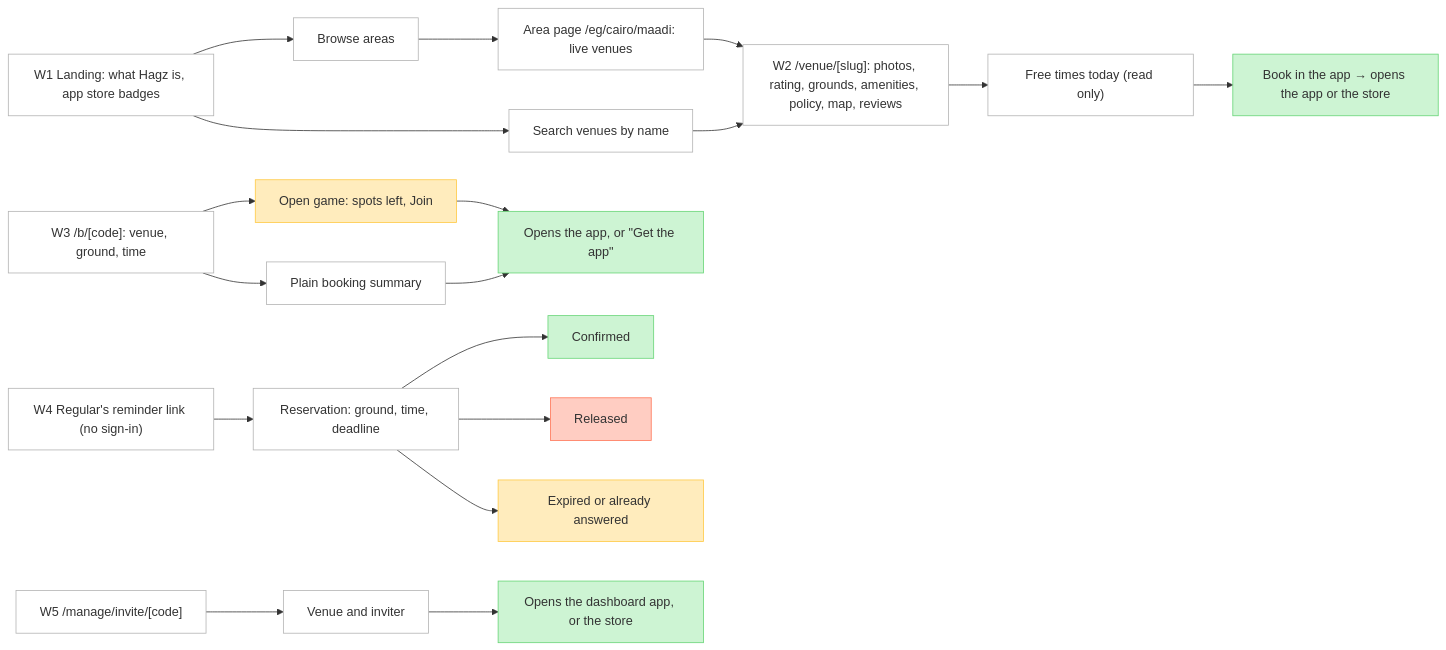
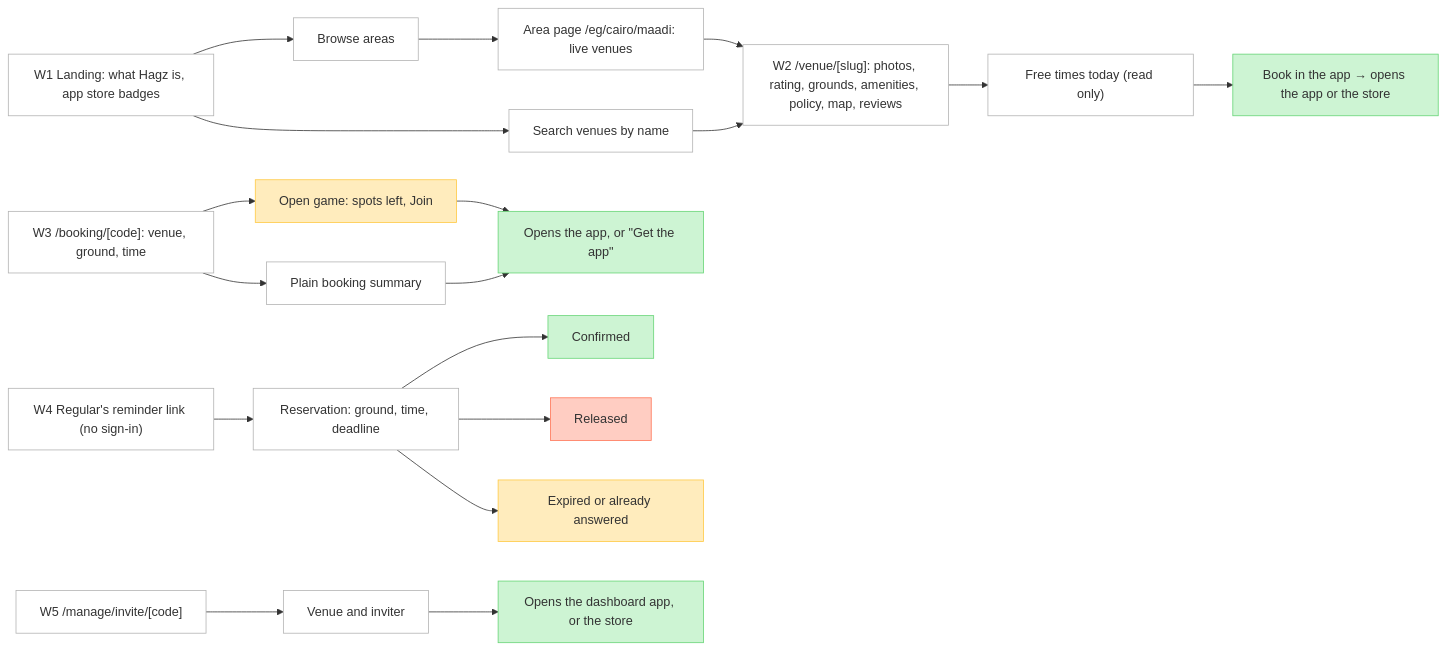
Diagram 28 of 30 in docs/flows.md (ammarsarhan/hagz), drawn with Mermaid before and after one commit. The commit also changed 2 other files, not shown here.

Commit message:
Record the /booking/[code] share link decision in the docs

````diff
--- a/docs/flows.md
+++ b/docs/flows.md
@@ -528,19 +528,19 @@
 ```mermaid
 flowchart LR
   classDef default fill:#FFFFFF,stroke:#B3B3B3
   classDef state fill:#FFECBD,stroke:#FFC943
   classDef result fill:#CDF4D3,stroke:#66D575
   classDef danger fill:#FFCDC2,stroke:#FF7556
   landing["W1 Landing: what Hagz is, app store badges"] --> areas["Browse areas"] --> area["Area page /eg/cairo/maadi: live venues"]
   landing --> byName["Search venues by name"]
   area & byName --> venue["W2 /venue/[slug]: photos, rating, grounds, amenities, policy, map, reviews"]
   venue --> times["Free times today (read only)"] --> app["Book in the app → opens the app or the store"]:::result
-  shared["W3 /b/[code]: venue, ground, time"] --> game["Open game: spots left, Join"]:::state
+  shared["W3 /booking/[code]: venue, ground, time"] --> game["Open game: spots left, Join"]:::state
   shared --> summary["Plain booking summary"]
   game & summary --> getApp["Opens the app, or #quot;Get the app#quot;"]:::result
   reminder["W4 Regular's reminder link (no sign-in)"] --> reservation["Reservation: ground, time, deadline"]
   reservation --> confirmed["Confirmed"]:::result
   reservation --> released["Released"]:::danger
   reservation --> stale["Expired or already answered"]:::state
   invite["W5 /manage/invite/[code]"] --> inviter["Venue and inviter"] --> dashboard["Opens the dashboard app, or the store"]:::result
 ```
````
